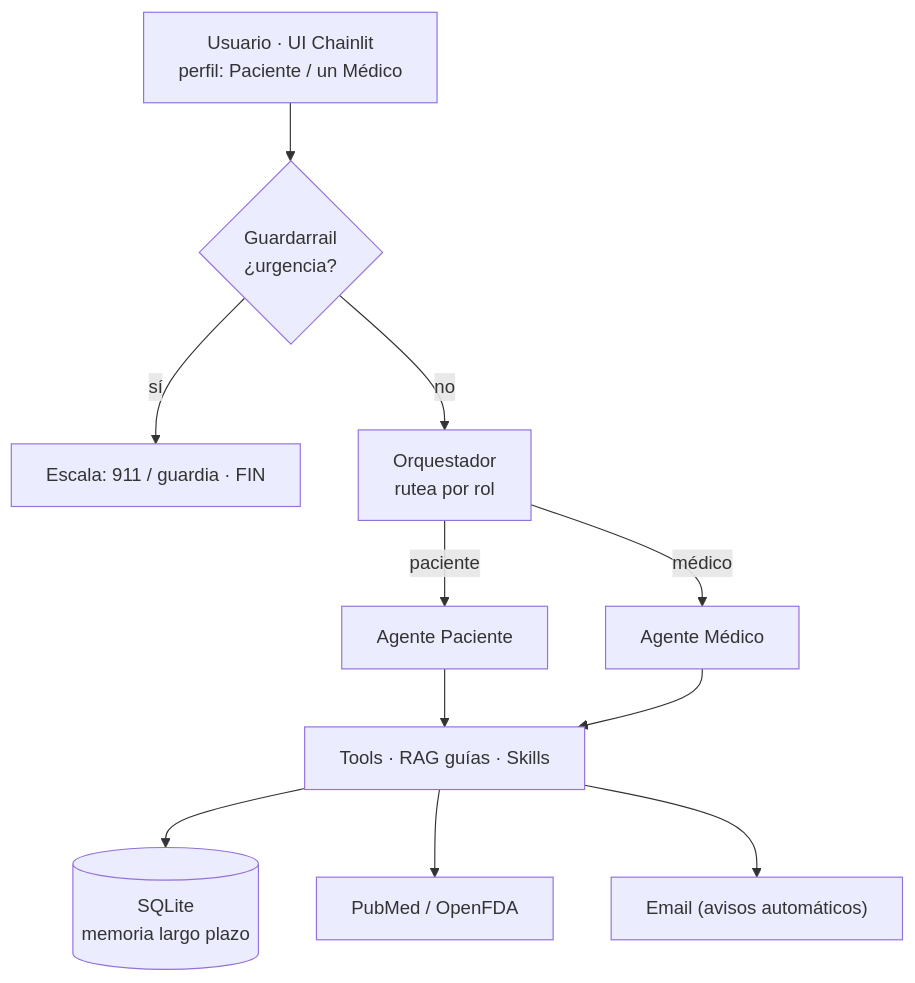
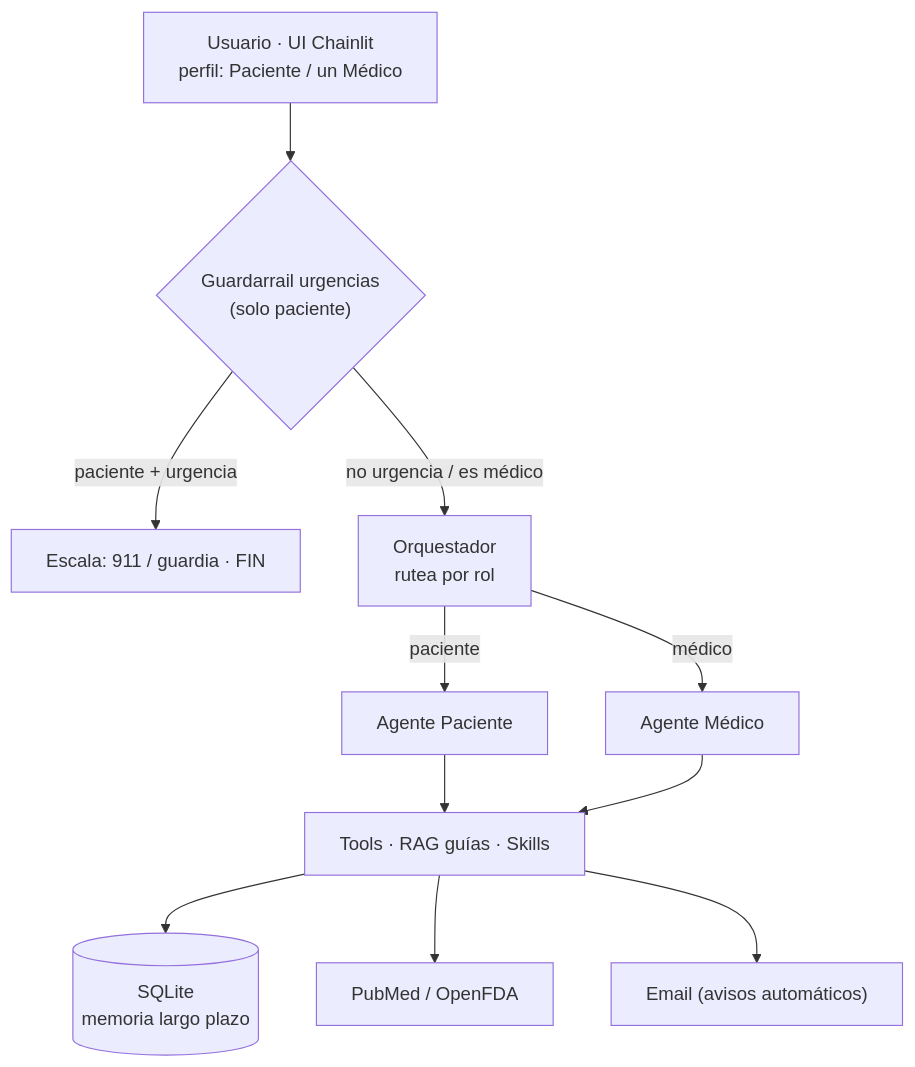
Before and after one commit to Constanzafl/agente_consultorio: the diagram in README.md, drawn with Mermaid. The commit also changed other lines of this file and 2 other files, not shown here.

````diff
--- a/README.md
+++ b/README.md
@@ -71,13 +72,13 @@
 ```mermaid
 flowchart TD
-    U["Usuario · UI Chainlit<br/>perfil: Paciente / un Médico"] --> G{"Guardarrail<br/>¿urgencia?"}
-    G -->|sí| E["Escala: 911 / guardia · FIN"]
-    G -->|no| O["Orquestador<br/>rutea por rol"]
+    U["Usuario · UI Chainlit<br/>perfil: Paciente / un Médico"] --> G{"Guardarrail urgencias<br/>(solo paciente)"}
+    G -->|paciente + urgencia| E["Escala: 911 / guardia · FIN"]
+    G -->|no urgencia / es médico| O["Orquestador<br/>rutea por rol"]
     O -->|paciente| AP["Agente Paciente"]
     O -->|médico| AM["Agente Médico"]
     AP --> T["Tools · RAG guías · Skills"]
     AM --> T
     T --> DB[("SQLite<br/>memoria largo plazo")]
     T --> API["PubMed / OpenFDA"]
     T --> MAIL["Email (avisos automáticos)"]
 ```
````
